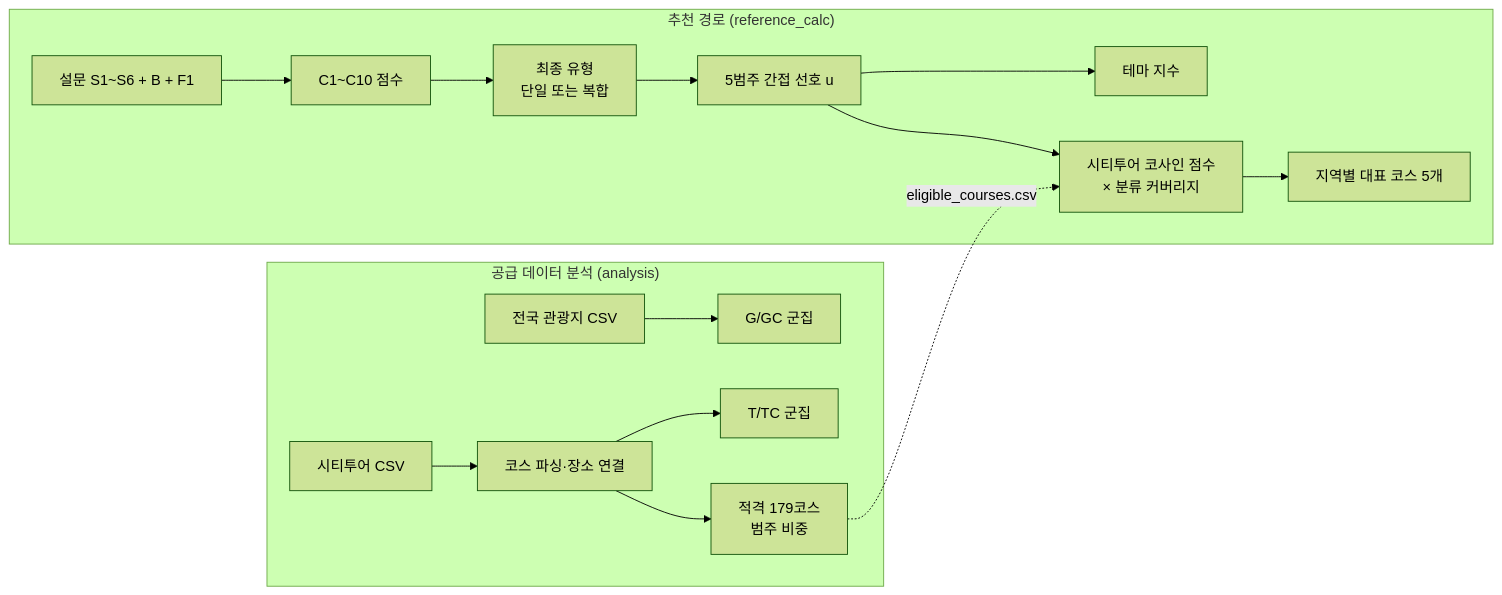
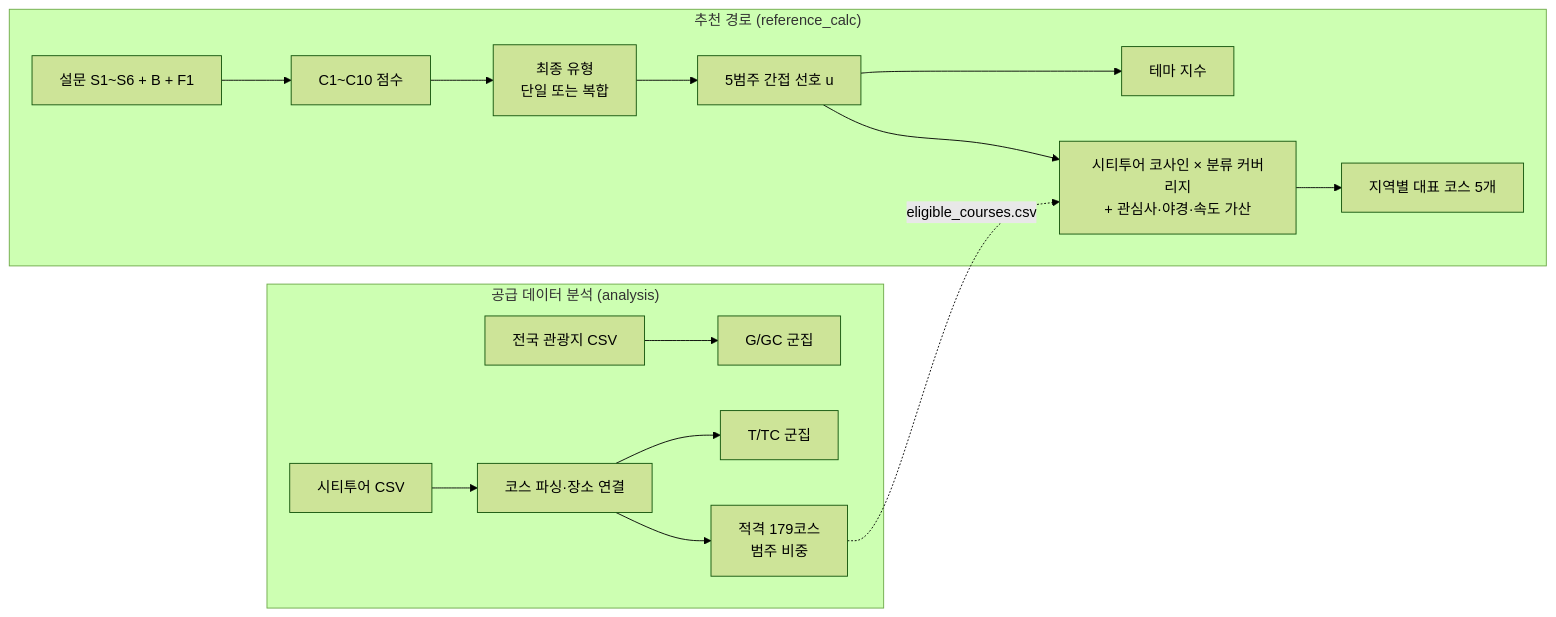
The diagram in README.md (TourLabOrganization/Data-Analytics), drawn with Mermaid (forest theme) before and after one commit. The commit also changed other lines of this file and 30 other files, not shown here.

````diff
--- a/README.md
+++ b/README.md
@@ -26,18 +26,18 @@
 ```mermaid
 flowchart LR
   subgraph REC["추천 경로 (reference_calc)"]
     A["설문 S1~S6 + B + F1"] --> B["C1~C10 점수"]
     B --> C["최종 유형<br/>단일 또는 복합"]
     C --> D["5범주 간접 선호 u"]
     D --> E["테마 지수"]
-    D --> F["시티투어 코사인 점수<br/>× 분류 커버리지"]
+    D --> F["시티투어 코사인 × 분류 커버리지<br/>+ 관심사·야경·속도 가산"]
     F --> G["지역별 대표 코스 5개"]
   end
   subgraph ANA["공급 데이터 분석 (analysis)"]
     H["전국 관광지 CSV"] --> I["G/GC 군집"]
     J["시티투어 CSV"] --> K["코스 파싱·장소 연결"]
     K --> L["T/TC 군집"]
     K --> M["적격 179코스<br/>범주 비중"]
   end
   M -. "eligible_courses.csv" .-> F
 ```
````
